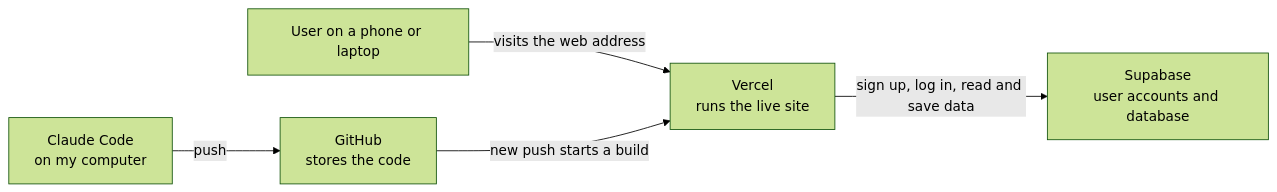
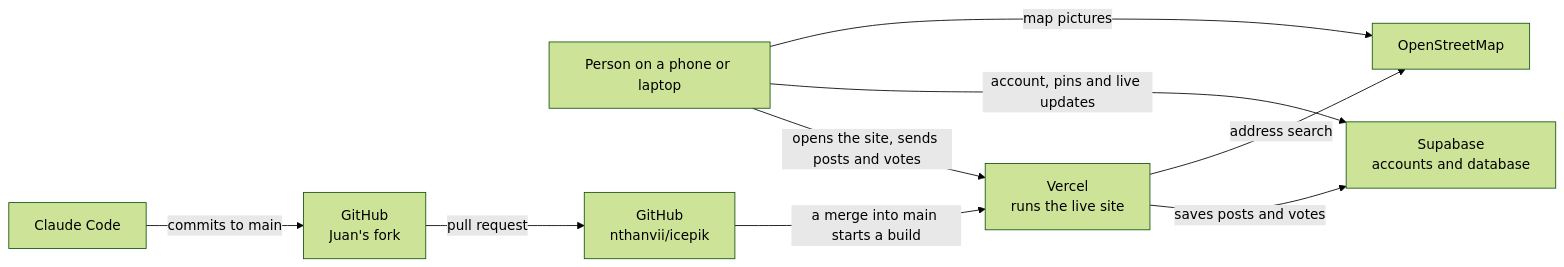
Before and after one commit to jmelv-git/icepik: the diagram in README.md, drawn with Mermaid (forest theme). The commit also changed other lines of this file, not shown here.

First line of the commit message:
Update the README for the Supabase backend

````diff
--- a/README.md
+++ b/README.md
@@ -63,7 +78,11 @@
 ```mermaid
 flowchart LR
-    U[User on a phone or laptop] -->|visits the web address| V[Vercel<br/>runs the live site]
-    V -->|sign up, log in, read and save data| S[Supabase<br/>user accounts and database]
-    CC[Claude Code<br/>on my computer] -->|push| G[GitHub<br/>stores the code]
-    G -->|new push starts a build| V
+    U[Person on a phone or laptop] -->|opens the site, sends posts and votes| V[Vercel<br/>runs the live site]
+    U -->|account, pins and live updates| S[Supabase<br/>accounts and database]
+    V -->|saves posts and votes| S
+    U -->|map pictures| O[OpenStreetMap]
+    V -->|address search| O
+    CC[Claude Code] -->|commits to main| F[GitHub<br/>Juan's fork]
+    F -->|pull request| G[GitHub<br/>nthanvii/icepik]
+    G -->|a merge into main starts a build| V
 ```
````
